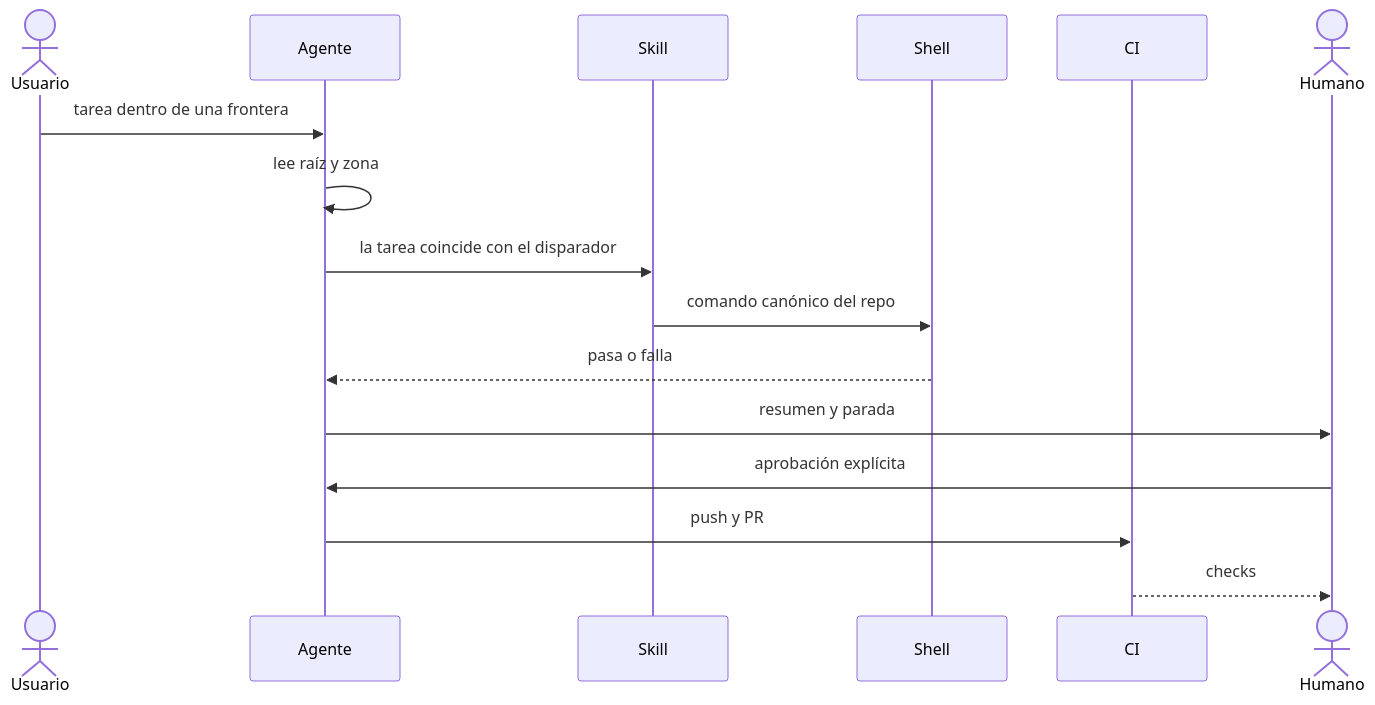
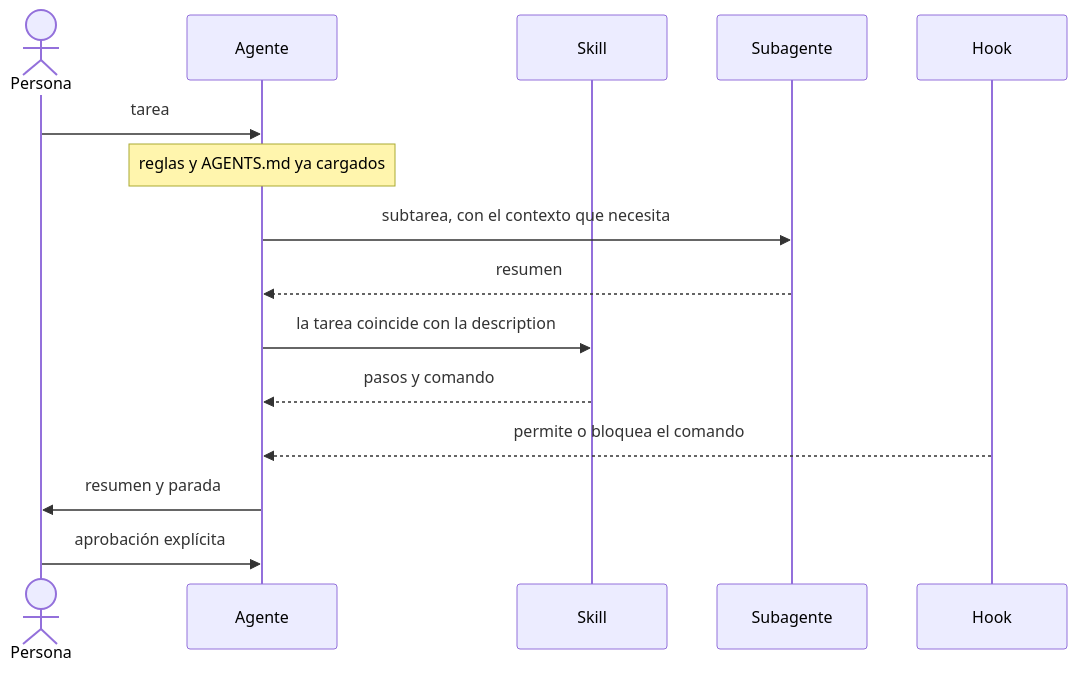
The second of 2 diagrams in capitulos/03-topologia-agentes.md (novarz/cursor-arch-course), drawn with Mermaid before and after one commit. The commit also changed other lines of this file and 3 other files, not shown here.

````diff
--- a/capitulos/03-topologia-agentes.md
+++ b/capitulos/03-topologia-agentes.md
@@ -90,18 +103,17 @@
 ```mermaid
 sequenceDiagram
-  actor Usuario
+  actor Persona
   participant Agente
   participant Skill
-  participant Shell
-  participant CI
-  actor Humano
-  Usuario->>Agente: tarea dentro de una frontera
-  Agente->>Agente: lee raíz y zona
-  Agente->>Skill: la tarea coincide con el disparador
-  Skill->>Shell: comando canónico del repo
-  Shell-->>Agente: pasa o falla
-  Agente->>Humano: resumen y parada
-  Humano->>Agente: aprobación explícita
-  Agente->>CI: push y PR
-  CI-->>Humano: checks
+  participant Subagente
+  participant Hook
+  Persona->>Agente: tarea
+  Note over Agente: reglas y AGENTS.md ya cargados
+  Agente->>Subagente: subtarea, con el contexto que necesita
+  Subagente-->>Agente: resumen
+  Agente->>Skill: la tarea coincide con la description
+  Skill-->>Agente: pasos y comando
+  Hook-->>Agente: permite o bloquea el comando
+  Agente->>Persona: resumen y parada
+  Persona->>Agente: aprobación explícita
 ```
````
